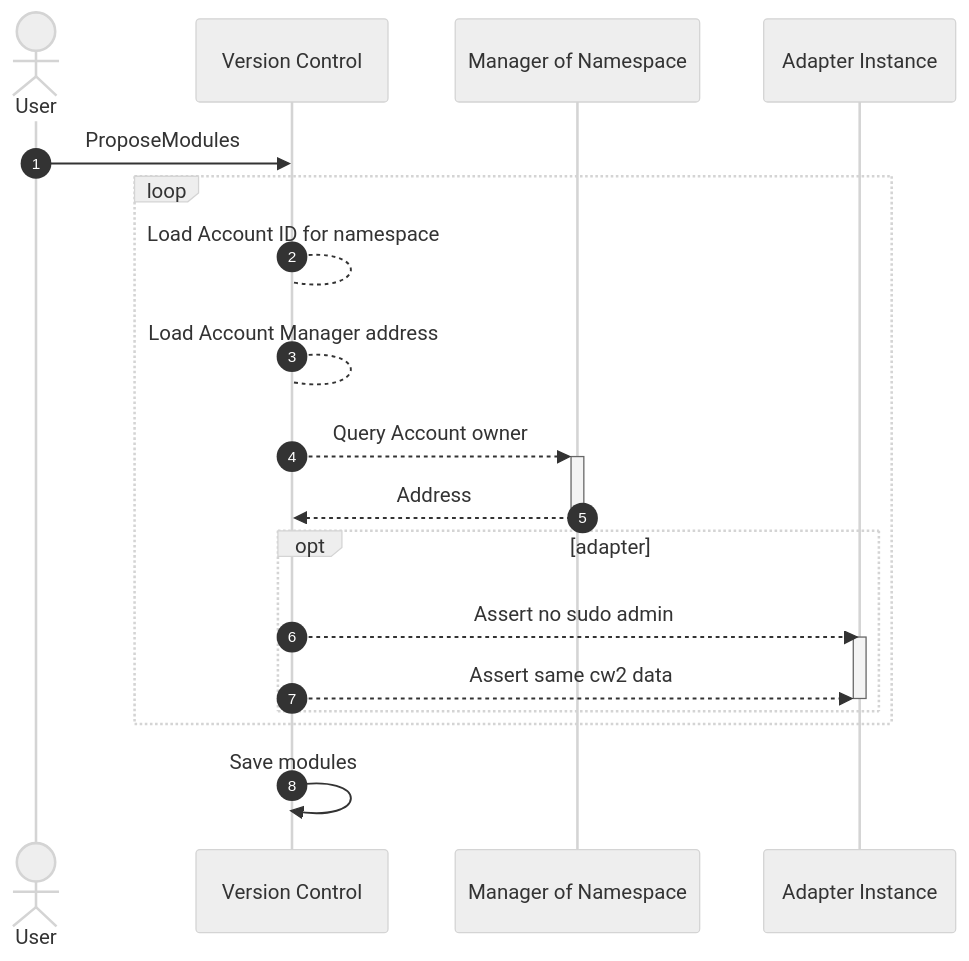
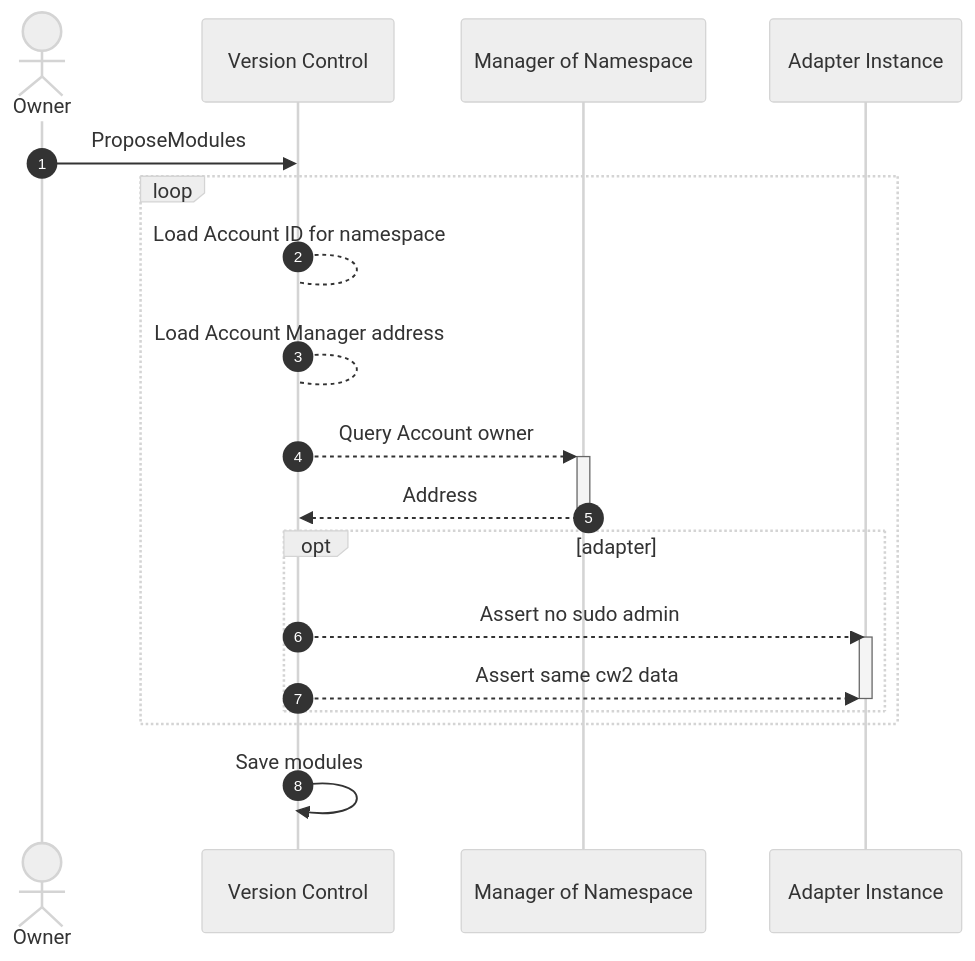
Before and after one commit to AbstractSDK/abstract: the diagram in framework/docs/src/5_platform/2_version_control.md, drawn with Mermaid (neutral theme). The commit also changed 8 other files, not shown here.

Commit message:
Fix user vs owners and diagrams

````diff
--- a/framework/docs/src/5_platform/2_version_control.md
+++ b/framework/docs/src/5_platform/2_version_control.md
@@ -19,29 +19,29 @@
 ```mermaid
 sequenceDiagram
     autonumber
-    actor U as User
+    actor U as Owner
 
     participant VC as Version Control
     participant Man as Manager of Namespace
     participant M as Adapter Instance
 
     U ->> VC: ProposeModules
 
     loop
 
         VC --> VC: Load Account ID for namespace
         VC --> VC: Load Account Manager address
         VC -->>+ Man: Query Account owner
         Man -->>- VC: Address
 
         opt adapter
             VC -->> M: Assert no sudo admin
             activate M
             VC -->> M: Assert same cw2 data
             deactivate M
         end
 
     end
     VC ->> VC: Save modules
 
 ```
````
